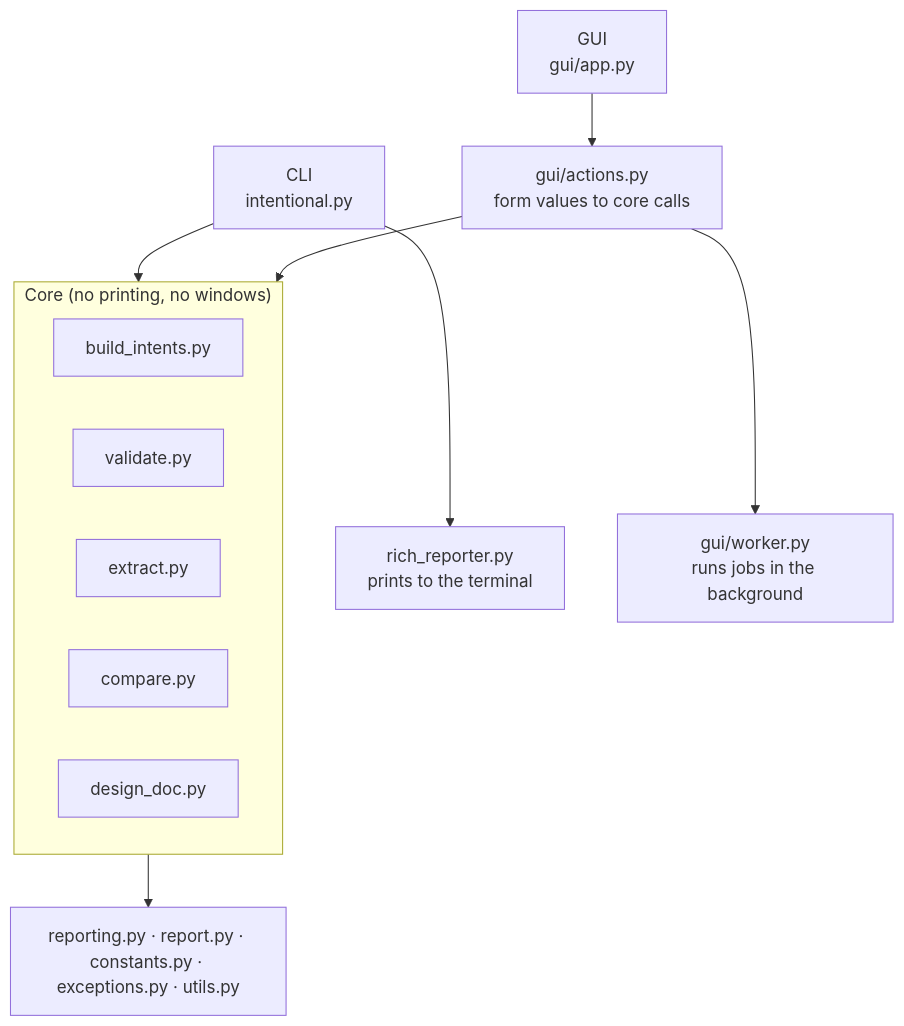
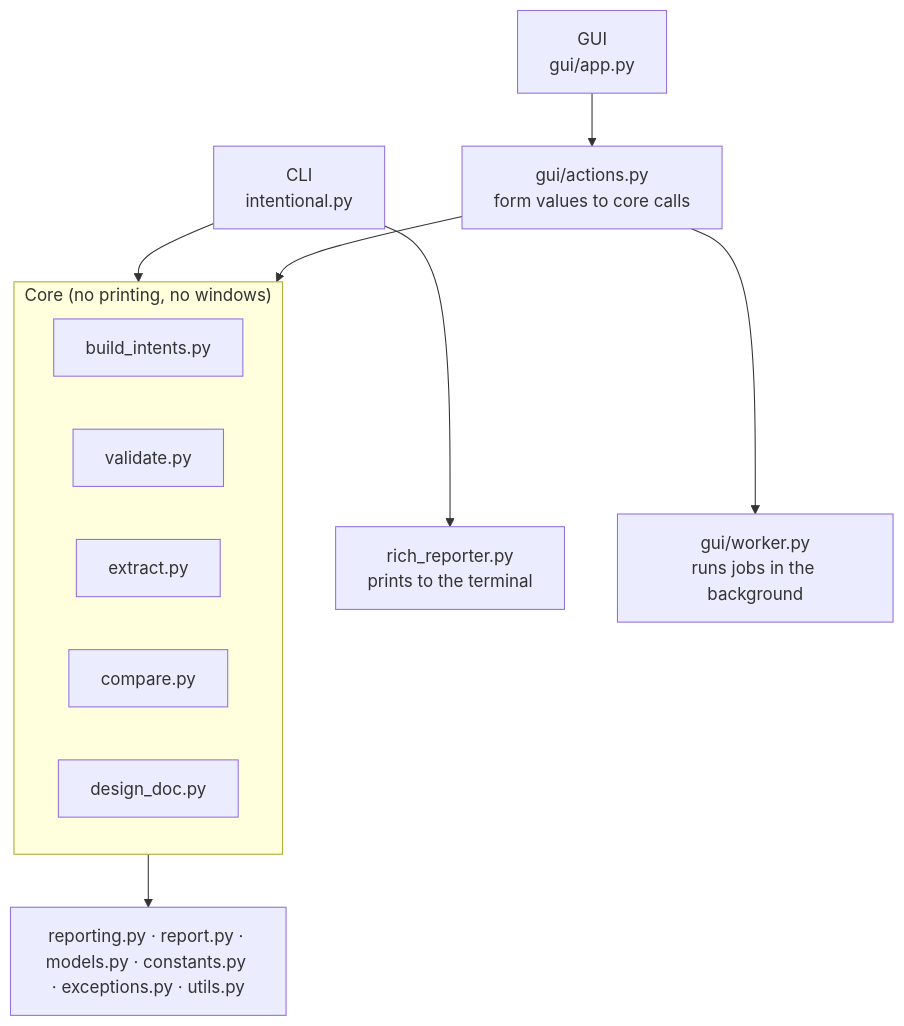
The first of 2 diagrams in docs/code-guide.md (andrewjstuart/intentional-py), drawn with Mermaid before and after one commit. The commit also changed other lines of this file and 6 other files, not shown here.

````diff
--- a/docs/code-guide.md
+++ b/docs/code-guide.md
@@ -22,16 +22,16 @@
 ```mermaid
 flowchart TD
     CLI["CLI<br/>intentional.py"] --> RR["rich_reporter.py<br/>prints to the terminal"]
     GUI["GUI<br/>gui/app.py"] --> ACT["gui/actions.py<br/>form values to core calls"]
     ACT --> WRK["gui/worker.py<br/>runs jobs in the background"]
     CLI --> CORE
     ACT --> CORE
     subgraph CORE["Core (no printing, no windows)"]
         BUILD["build_intents.py"]
         VAL["validate.py"]
         EXT["extract.py"]
         CMP["compare.py"]
         DES["design_doc.py"]
     end
-    CORE --> SHARED["reporting.py · report.py · constants.py · exceptions.py · utils.py"]
+    CORE --> SHARED["reporting.py · report.py · models.py · constants.py · exceptions.py · utils.py"]
 ```
````
